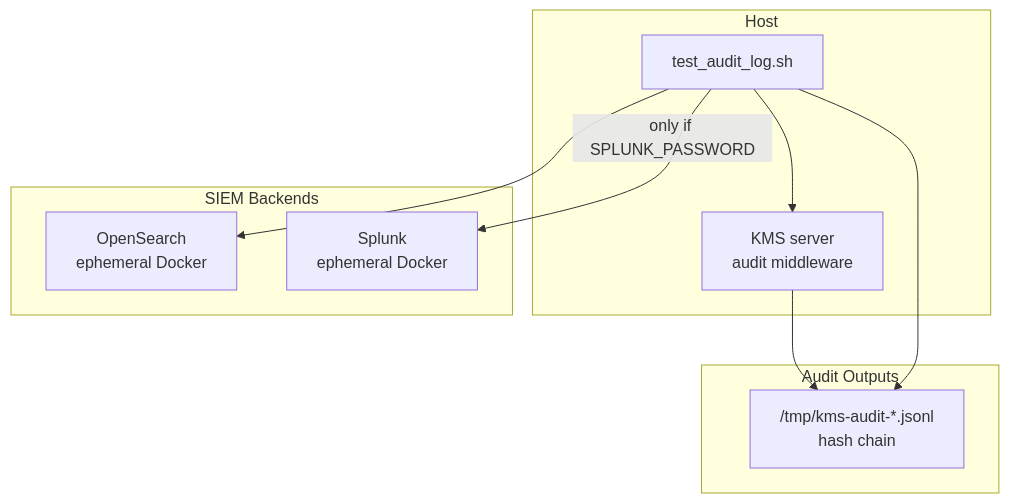
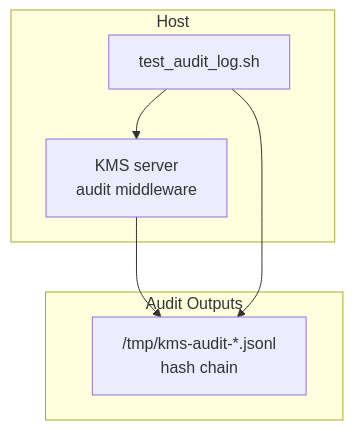
One commit to Cosmian/kms changed diagram 24 of 55 in .mise/tasks/test/README.md. Above: the diagram before and after it, drawn with Mermaid. The commit also changed other lines of this file and 301 other files, not shown here.

````diff
--- a/.mise/tasks/test/README.md
+++ b/.mise/tasks/test/README.md
@@ -834,22 +824,15 @@
 ```mermaid
 graph TB
     subgraph Host9["Host"]
         KMS10["KMS server<br/>audit middleware"]
         TestAudit["test_audit_log.sh"]
     end
 
     subgraph Outputs["Audit Outputs"]
         JSONL["/tmp/kms-audit-*.jsonl<br/>hash chain"]
     end
 
-    subgraph SIEMs["SIEM Backends"]
-        OpenSearch["OpenSearch<br/>ephemeral Docker"]
-        Splunk["Splunk<br/>ephemeral Docker"]
-    end
-
     TestAudit --> KMS10
     KMS10 --> JSONL
     TestAudit --> JSONL
-    TestAudit --> OpenSearch
-    TestAudit --> |only if SPLUNK_PASSWORD| Splunk
 ```
````
